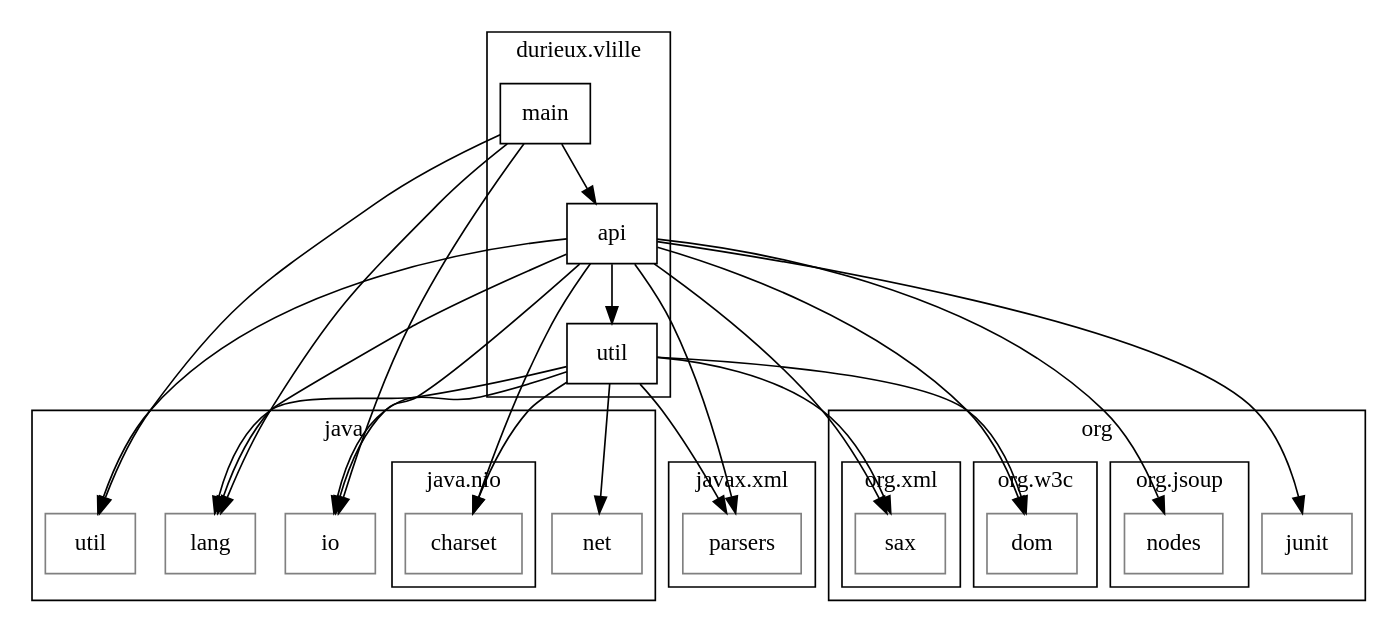
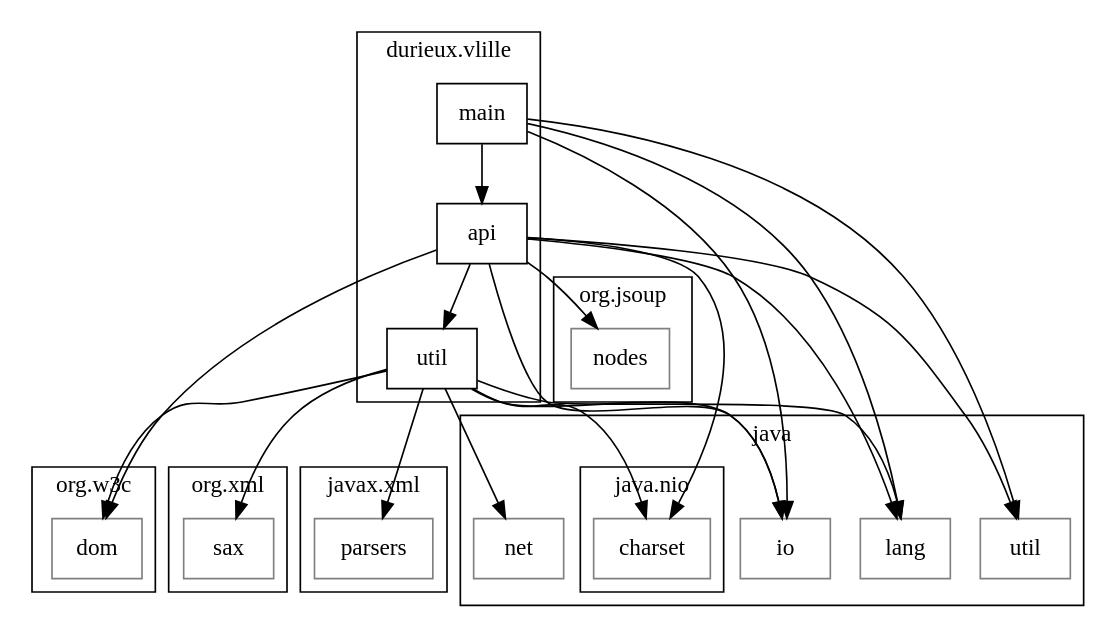
Before and after one commit to tdurieux/spoon-dependencies-analyzer: the diagram in examples/vlille-DependencyAnalyser.p2p.gv, drawn with Graphviz. The commit also changed 30 other files, not shown here.

```diff
--- a/examples/vlille-DependencyAnalyser.p2p.gv
+++ b/examples/vlille-DependencyAnalyser.p2p.gv
@@ -1,71 +1,63 @@
 digraph G {
 	node [shape=box]; compound=true; ratio=fill;
 	"java.util" [color=grey];
 	"java.net" [color=grey];
 	"javax.xml.parsers" [color=grey];
 	"durieux.vlille.util" -> "java.lang";
 	"durieux.vlille.util" -> "java.nio.charset";
 	"durieux.vlille.util" -> "java.net";
 	"durieux.vlille.util" -> "javax.xml.parsers";
 	"durieux.vlille.util" -> "java.io";
 	"durieux.vlille.util" -> "org.xml.sax";
 	"durieux.vlille.util" -> "org.w3c.dom";
-	"org.junit" [color=grey];
 	"org.w3c.dom" [color=grey];
 	"org.xml.sax" [color=grey];
 	"java.nio.charset" [color=grey];
 	"java.io" [color=grey];
-	"org.jsoup.nodes" [color=grey];
 	"durieux.vlille.api" -> "java.lang";
 	"durieux.vlille.api" -> "org.w3c.dom";
-	"durieux.vlille.api" -> "javax.xml.parsers";
-	"durieux.vlille.api" -> "java.io";
-	"durieux.vlille.api" -> "org.xml.sax";
-	"durieux.vlille.api" -> "org.junit";
 	"durieux.vlille.api" -> "java.util";
 	"durieux.vlille.api" -> "java.nio.charset";
 	"durieux.vlille.api" -> "durieux.vlille.util";
 	"durieux.vlille.api" -> "org.jsoup.nodes";
+	"durieux.vlille.api" -> "java.io";
+	"org.jsoup.nodes" [color=grey];
 	"java.lang" [color=grey];
 	"durieux.vlille.main" -> "java.lang";
 	"durieux.vlille.main" -> "durieux.vlille.api";
 	"durieux.vlille.main" -> "java.util";
 	"durieux.vlille.main" -> "java.io";
 	subgraph cluster0 { 
 		rankdir=LR;label="java";
 		"java.util" [label="util"]
 		"java.net" [label="net"]
 	subgraph cluster1 { 
 		rankdir=LR;label="java.nio";
 		"java.nio.charset" [label="charset"]
 	};
 		"java.io" [label="io"]
 		"java.lang" [label="lang"]
 	};
 	subgraph cluster2 { 
 		rankdir=LR;label="javax.xml";
 		"javax.xml.parsers" [label="parsers"]
 	};
 	subgraph cluster3 { 
 		rankdir=LR;label="durieux.vlille";
 		"durieux.vlille.util" [label="util"]
 		"durieux.vlille.api" [label="api"]
 		"durieux.vlille.main" [label="main"]
 	};
 	subgraph cluster4 { 
-		rankdir=LR;label="org";
-		"org.junit" [label="junit"]
-	subgraph cluster5 { 
 		rankdir=LR;label="org.w3c";
 		"org.w3c.dom" [label="dom"]
 	};
-	subgraph cluster6 { 
+	subgraph cluster5 { 
 		rankdir=LR;label="org.xml";
 		"org.xml.sax" [label="sax"]
 	};
-	subgraph cluster7 { 
+	subgraph cluster6 { 
 		rankdir=LR;label="org.jsoup";
 		"org.jsoup.nodes" [label="nodes"]
 	};
-	};
 }
```
